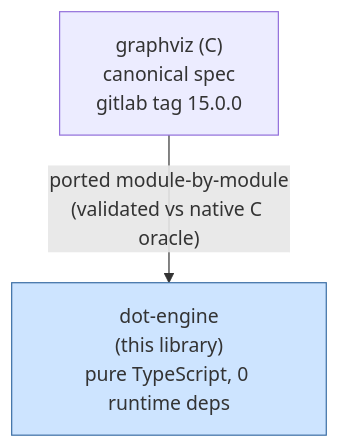
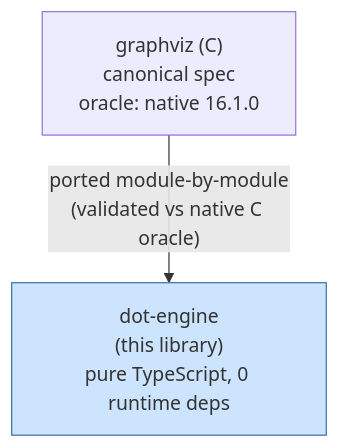
One commit to knowvah/dot-engine changed the first of 2 diagrams in docs/architecture/architecture.md. Above: the diagram before and after it, drawn with Mermaid. The commit also changed other lines of this file and 7 other files, not shown here.

First line of the commit message:
docs(T3): refresh the architecture docs for 16.1 and the async api

````diff
--- a/docs/architecture/architecture.md
+++ b/docs/architecture/architecture.md
@@ -12,9 +13,9 @@
 ```mermaid
 graph TD
-    GVC["graphviz (C)<br/>canonical spec<br/>gitlab tag 15.0.0"]
+    GVC["graphviz (C)<br/>canonical spec<br/>oracle: native 16.1.0"]
     GVTS["dot-engine<br/>(this library)<br/>pure TypeScript, 0 runtime deps"]
 
     GVC -->|"ported module-by-module<br/>(validated vs native C oracle)"| GVTS
 
     style GVTS fill:#cde4ff,stroke:#3b6ea5
 ```
````
